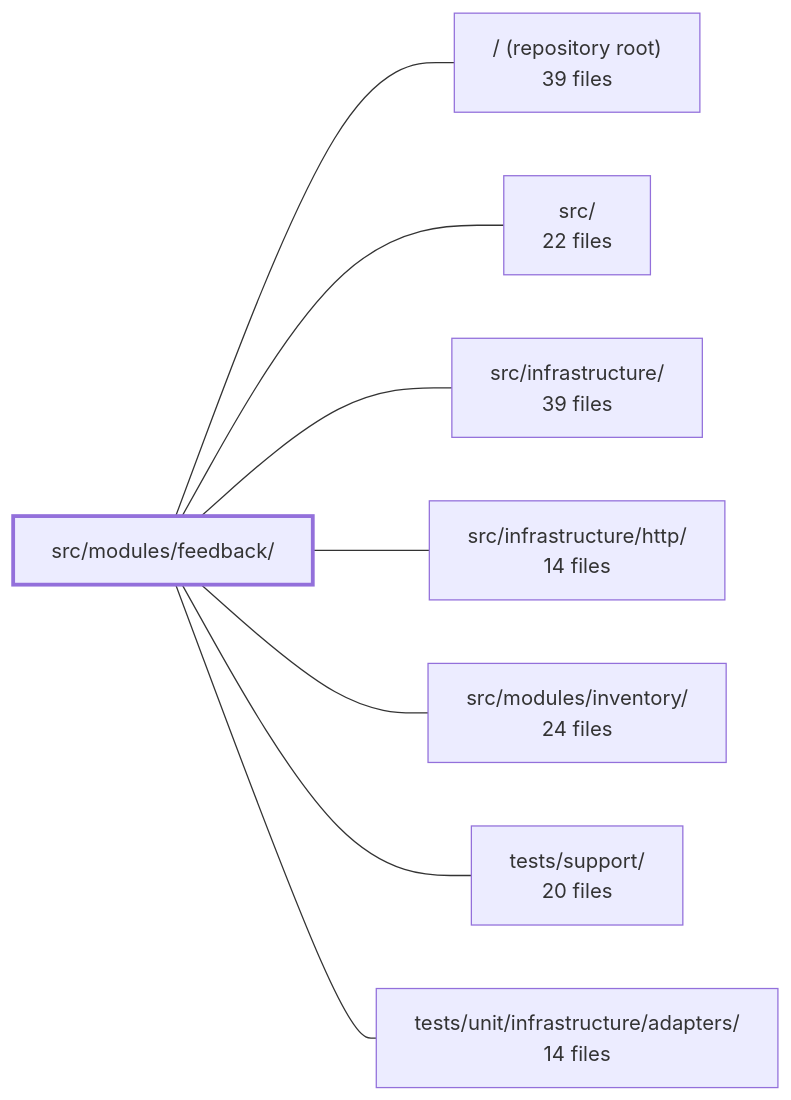
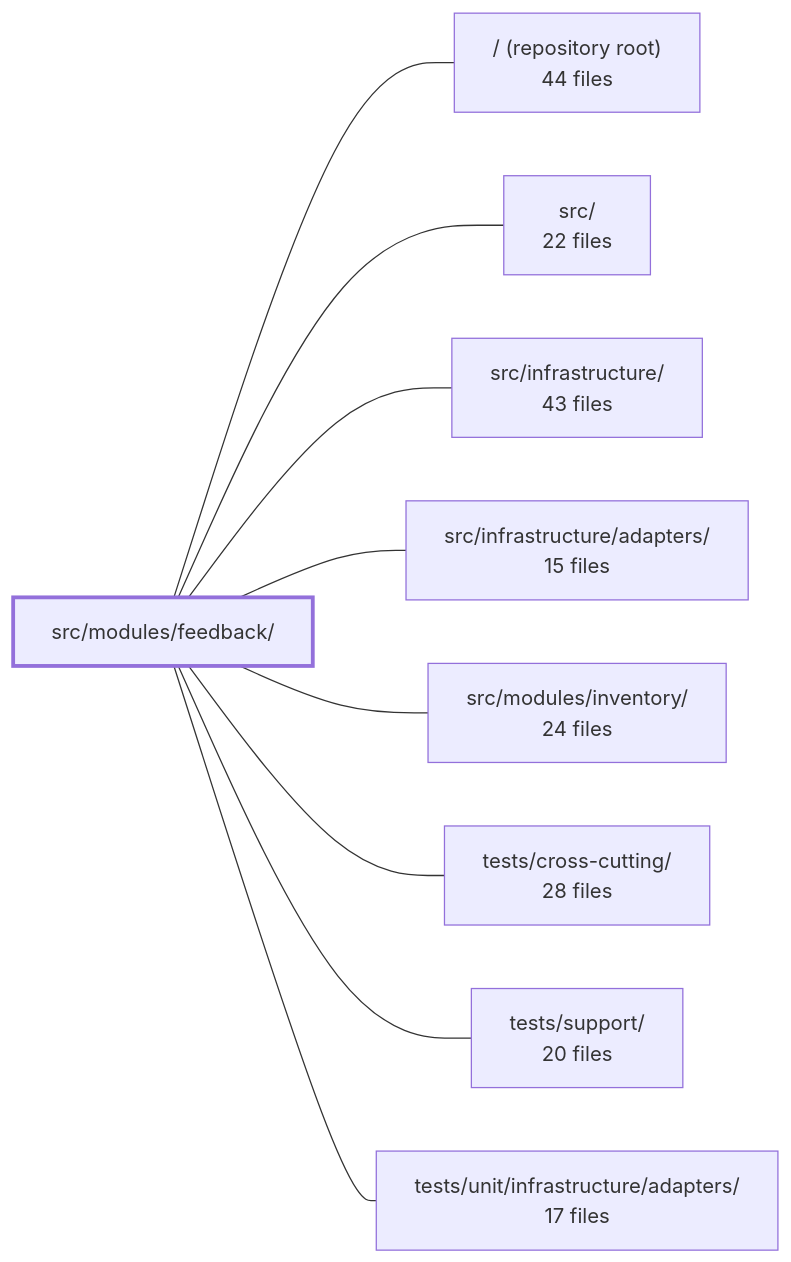
Before and after one commit to Guebbit/boilerplate-node-backend: the diagram in .2repo/modules/boilerplate-node-backend_src_modules_feedback.md, drawn with Mermaid. The commit also changed other lines of this file and 625 other files, not shown here.

````diff
--- a/.2repo/modules/boilerplate-node-backend_src_modules_feedback.md
+++ b/.2repo/modules/boilerplate-node-backend_src_modules_feedback.md
@@ -39,19 +38,21 @@
 ```mermaid
 flowchart LR
     m_src_modules_feedback["src/modules/feedback/"]
-    m_root["/ (repository root)<br/>39 files"]
+    m_root["/ (repository root)<br/>44 files"]
     m_src["src/<br/>22 files"]
-    m_src_infrastructure["src/infrastructure/<br/>39 files"]
-    m_src_infrastructure_http["src/infrastructure/http/<br/>14 files"]
+    m_src_infrastructure["src/infrastructure/<br/>43 files"]
+    m_src_infrastructure_adapters["src/infrastructure/adapters/<br/>15 files"]
     m_src_modules_inventory["src/modules/inventory/<br/>24 files"]
+    m_tests_cross_cutting["tests/cross-cutting/<br/>28 files"]
     m_tests_support["tests/support/<br/>20 files"]
-    m_tests_unit_infrastructure_adapters["tests/unit/infrastructure/adapters/<br/>14 files"]
+    m_tests_unit_infrastructure_adapters["tests/unit/infrastructure/adapters/<br/>17 files"]
     m_src_modules_feedback --- m_root
     m_src_modules_feedback --- m_src
     m_src_modules_feedback --- m_src_infrastructure
-    m_src_modules_feedback --- m_src_infrastructure_http
+    m_src_modules_feedback --- m_src_infrastructure_adapters
     m_src_modules_feedback --- m_src_modules_inventory
+    m_src_modules_feedback --- m_tests_cross_cutting
     m_src_modules_feedback --- m_tests_support
     m_src_modules_feedback --- m_tests_unit_infrastructure_adapters
     style m_src_modules_feedback stroke-width:3px
 ```
````
